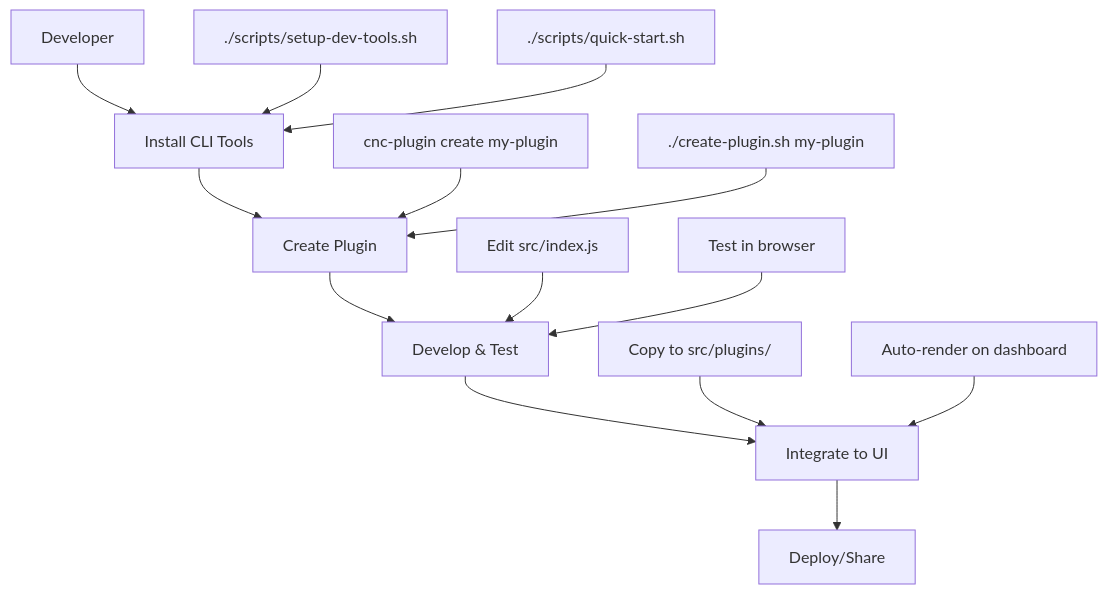
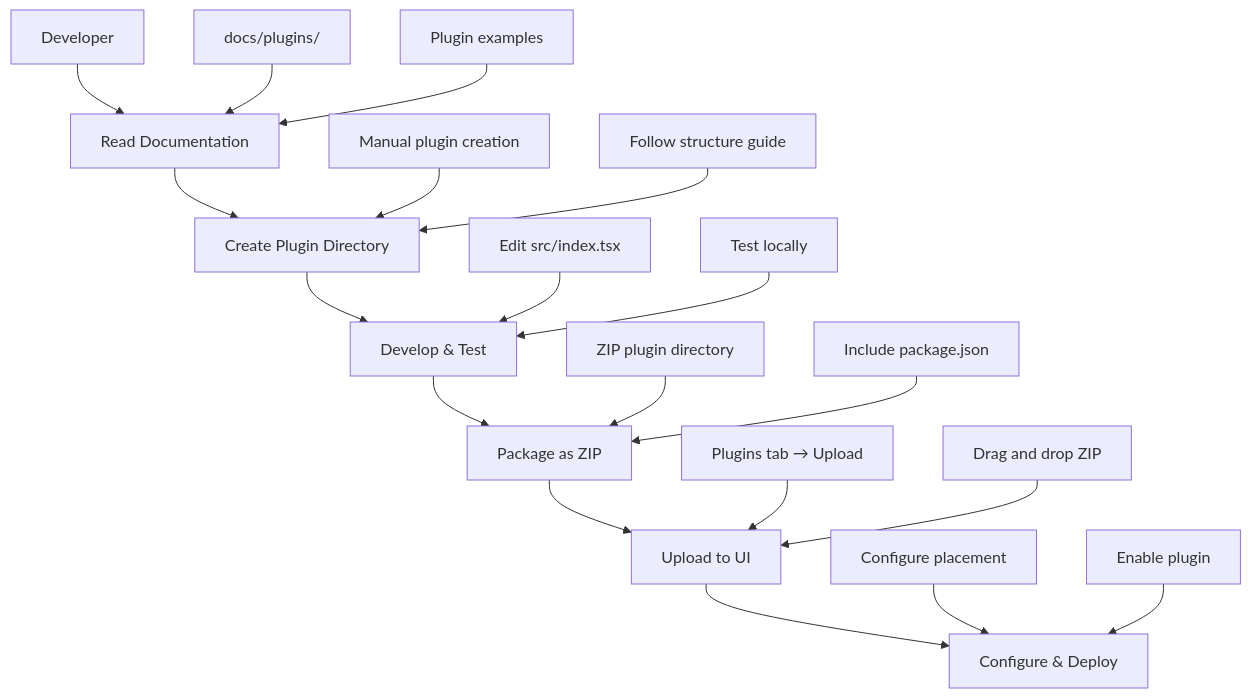
One commit to whttlr/electron-app changed the first of 2 diagrams in docs/plugins/PLUGIN-ARCHITECTURE-OVERVIEW.md. Above: the diagram before and after it, drawn with Mermaid. The commit also changed other lines of this file and 20 other files, not shown here.

````diff
--- a/docs/plugins/PLUGIN-ARCHITECTURE-OVERVIEW.md
+++ b/docs/plugins/PLUGIN-ARCHITECTURE-OVERVIEW.md
@@ -99,20 +80,27 @@
 ```mermaid
 graph TD
-    A[Developer] --> B[Install CLI Tools]
-    B --> C[Create Plugin]
+    A[Developer] --> B[Read Documentation]
+    B --> C[Create Plugin Directory]
     C --> D[Develop & Test]
-    D --> E[Integrate to UI]
-    E --> F[Deploy/Share]
+    D --> E[Package as ZIP]
+    E --> F[Upload to UI]
+    F --> G[Configure & Deploy]
     
-    B1[./scripts/setup-dev-tools.sh] --> B
-    B2[./scripts/quick-start.sh] --> B
+    B1[docs/plugins/] --> B
+    B2[Plugin examples] --> B
     
-    C1[cnc-plugin create my-plugin] --> C
-    C2[./create-plugin.sh my-plugin] --> C
+    C1[Manual plugin creation] --> C
+    C2[Follow structure guide] --> C
     
-    D1[Edit src/index.js] --> D
-    D2[Test in browser] --> D
+    D1[Edit src/index.tsx] --> D
+    D2[Test locally] --> D
     
-    E1[Copy to src/plugins/] --> E
-    E2[Auto-render on dashboard] --> E
+    E1[ZIP plugin directory] --> E
+    E2[Include package.json] --> E
+    
+    F1[Plugins tab → Upload] --> F
+    F2[Drag and drop ZIP] --> F
+    
+    G1[Configure placement] --> G
+    G2[Enable plugin] --> G
 ```
````
